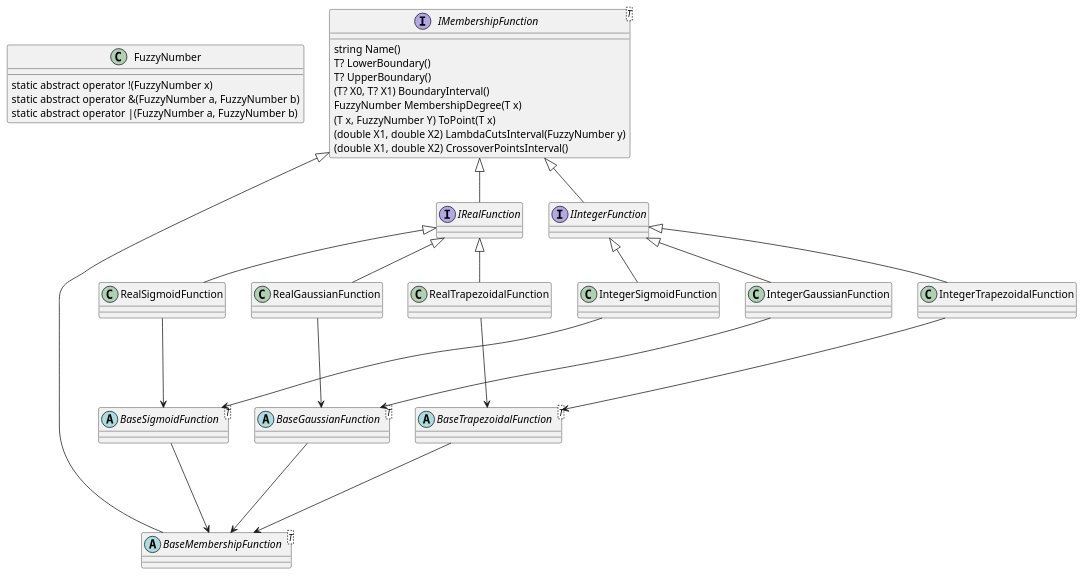
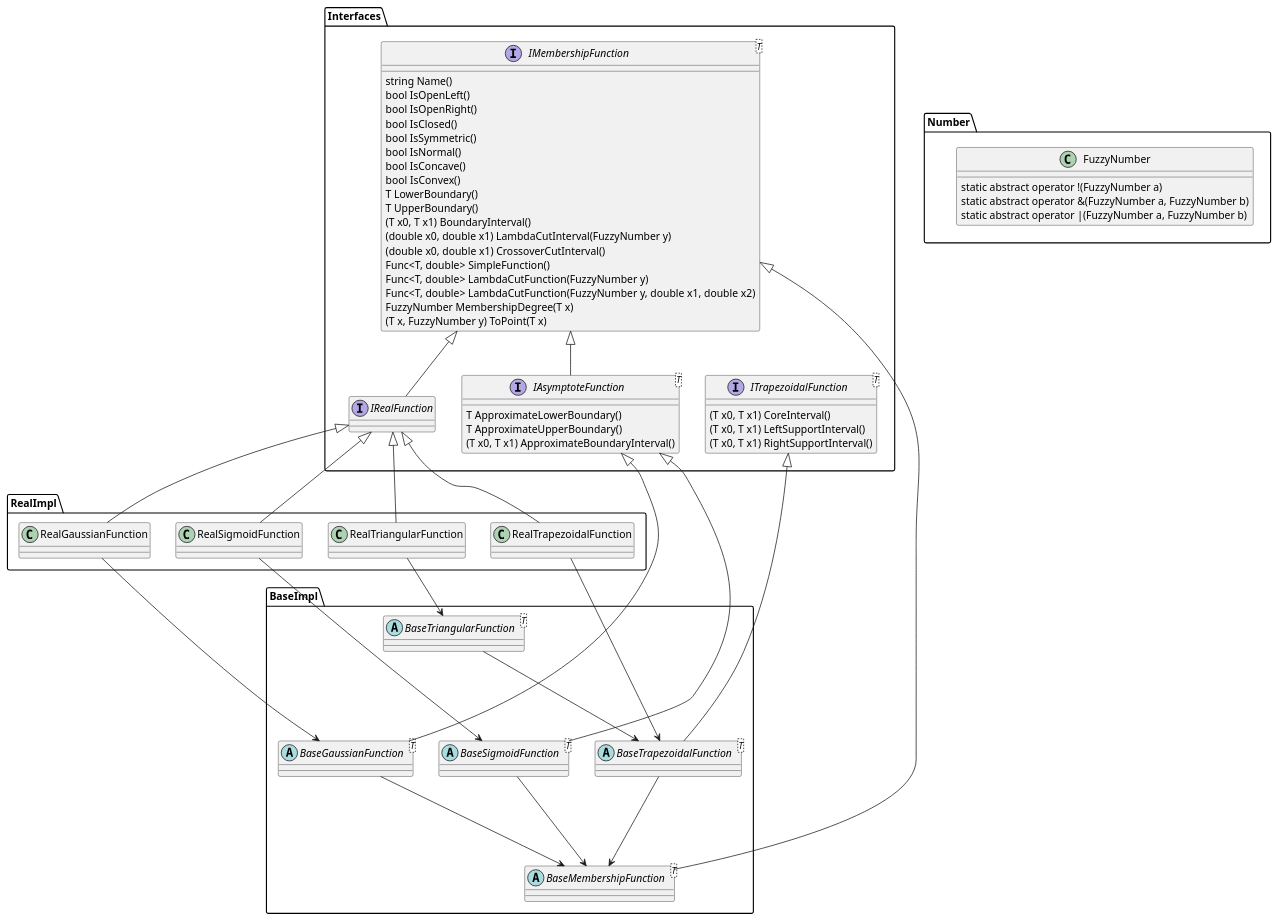
The diagram in FuzzyLogic/Diagrams/MembershipFunctions.puml (b-tapia-morales/FuzzyLogic), drawn with PlantUML before and after one commit. The commit also changed 39 other files, not shown here.

```diff
--- a/FuzzyLogic/Diagrams/MembershipFunctions.puml
+++ b/FuzzyLogic/Diagrams/MembershipFunctions.puml
@@ -1,74 +1,105 @@
 @startuml
 
+namespace Number {
+
 class FuzzyNumber {
-static abstract operator !(FuzzyNumber x)
+static abstract operator !(FuzzyNumber a)
 static abstract operator &(FuzzyNumber a, FuzzyNumber b)
 static abstract operator |(FuzzyNumber a, FuzzyNumber b)
 }
 
+}
+
+namespace Interfaces {
+
 interface IMembershipFunction<T> {
 string Name()
-T? LowerBoundary()
-T? UpperBoundary()
-(T? X0, T? X1) BoundaryInterval()
+bool IsOpenLeft()
+bool IsOpenRight()
+bool IsClosed()
+bool IsSymmetric()
+bool IsNormal()
+bool IsConcave()
+bool IsConvex()
+T LowerBoundary()
+T UpperBoundary()
+(T x0, T x1) BoundaryInterval()
+(double x0, double x1) LambdaCutInterval(FuzzyNumber y)
+(double x0, double x1) CrossoverCutInterval()
+Func<T, double> SimpleFunction()
+Func<T, double> LambdaCutFunction(FuzzyNumber y)
+Func<T, double> LambdaCutFunction(FuzzyNumber y, double x1, double x2)
 FuzzyNumber MembershipDegree(T x)
-(T x, FuzzyNumber Y) ToPoint(T x)
-(double X1, double X2) LambdaCutsInterval(FuzzyNumber y)
-(double X1, double X2) CrossoverPointsInterval()
+(T x, FuzzyNumber y) ToPoint(T x)
 }
 
-abstract class BaseMembershipFunction<T>
+interface IRealFunction
 
-IMembershipFunction <|-- BaseMembershipFunction
-
-together {
-interface IIntegerFunction
-interface IRealFunction
+interface ITrapezoidalFunction<T> {
+(T x0, T x1) CoreInterval()
+(T x0, T x1) LeftSupportInterval()
+(T x0, T x1) RightSupportInterval()
 }
 
-together {
-abstract class BaseSigmoidFunction<T>
-abstract class BaseGaussianFunction<T>
-abstract class BaseTrapezoidalFunction<T>
+interface IAsymptoteFunction<T> {
+T ApproximateLowerBoundary()
+T ApproximateUpperBoundary()
+(T x0, T x1) ApproximateBoundaryInterval()
 }
 
-BaseSigmoidFunction -d--> BaseMembershipFunction
-BaseGaussianFunction -d--> BaseMembershipFunction
-BaseTrapezoidalFunction -d--> BaseMembershipFunction
+IRealFunction -[hidden] IAsymptoteFunction
+IAsymptoteFunction -[hidden] ITrapezoidalFunction
 
-IMembershipFunction <|-- IIntegerFunction
+}
 
-together {
-together {
-class IntegerSigmoidFunction
-class IntegerGaussianFunction
-class IntegerTrapezoidalFunction
+Number -[hidden] Interfaces
+
+namespace BaseImpl {
+
+abstract class BaseMembershipFunction<T>
+abstract class BaseGaussianFunction<T>
+abstract class BaseSigmoidFunction<T>
+abstract class BaseTrapezoidalFunction<T>
+abstract class BaseTriangularFunction<T>
+
+BaseGaussianFunction -[hidden] BaseSigmoidFunction
+BaseSigmoidFunction -[hidden] BaseTrapezoidalFunction
 }
-together {
+
+namespace RealImpl {
 class RealGaussianFunction
 class RealSigmoidFunction
 class RealTrapezoidalFunction
-}
+class RealTriangularFunction
+
+RealGaussianFunction -[hidden] RealSigmoidFunction
+RealSigmoidFunction -[hidden] RealTrapezoidalFunction
+RealTrapezoidalFunction -[hidden] RealTriangularFunction
 }
 
-IIntegerFunction <|-- IntegerSigmoidFunction
-IIntegerFunction <|-- IntegerGaussianFunction
-IIntegerFunction <|-- IntegerTrapezoidalFunction
+Interfaces.IMembershipFunction <|-- Interfaces.IRealFunction
+Interfaces.IMembershipFunction <|-- Interfaces.IAsymptoteFunction
 
-IntegerSigmoidFunction -d--> BaseSigmoidFunction
-IntegerGaussianFunction -d--> BaseGaussianFunction
-IntegerTrapezoidalFunction -d--> BaseTrapezoidalFunction
+Interfaces.IMembershipFunction <|-- BaseImpl.BaseMembershipFunction
 
-IMembershipFunction <|-- IRealFunction
+Interfaces.IAsymptoteFunction <|-- BaseImpl.BaseSigmoidFunction
+Interfaces.IAsymptoteFunction <|-- BaseImpl.BaseGaussianFunction
 
+Interfaces.ITrapezoidalFunction <|-- BaseImpl.BaseTrapezoidalFunction
 
+Interfaces.IRealFunction <|-- RealImpl.RealSigmoidFunction
+Interfaces.IRealFunction <|-- RealImpl.RealGaussianFunction
+Interfaces.IRealFunction <|-- RealImpl.RealTrapezoidalFunction
+Interfaces.IRealFunction <|-- RealImpl.RealTriangularFunction
 
-IRealFunction <|-- RealSigmoidFunction
-IRealFunction <|-- RealGaussianFunction
-IRealFunction <|-- RealTrapezoidalFunction
+BaseImpl.BaseTriangularFunction -d--> BaseImpl.BaseTrapezoidalFunction
+BaseImpl.BaseSigmoidFunction -d--> BaseImpl.BaseMembershipFunction
+BaseImpl.BaseGaussianFunction -d--> BaseImpl.BaseMembershipFunction
+BaseImpl.BaseTrapezoidalFunction -d--> BaseImpl.BaseMembershipFunction
 
-RealSigmoidFunction --> BaseSigmoidFunction
-RealGaussianFunction --> BaseGaussianFunction
-RealTrapezoidalFunction --> BaseTrapezoidalFunction
+RealImpl.RealSigmoidFunction --> BaseImpl.BaseSigmoidFunction
+RealImpl.RealGaussianFunction --> BaseImpl.BaseGaussianFunction
+RealImpl.RealTrapezoidalFunction --> BaseImpl.BaseTrapezoidalFunction
+RealImpl.RealTriangularFunction --> BaseImpl.BaseTriangularFunction
 
 @enduml
```
